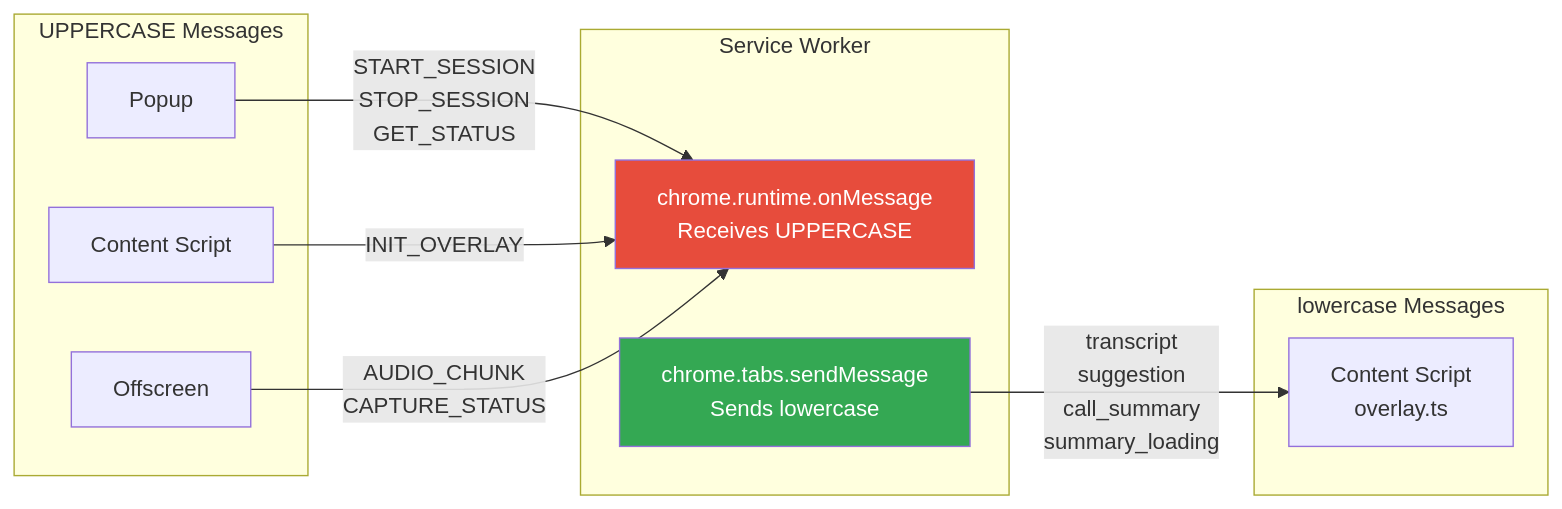
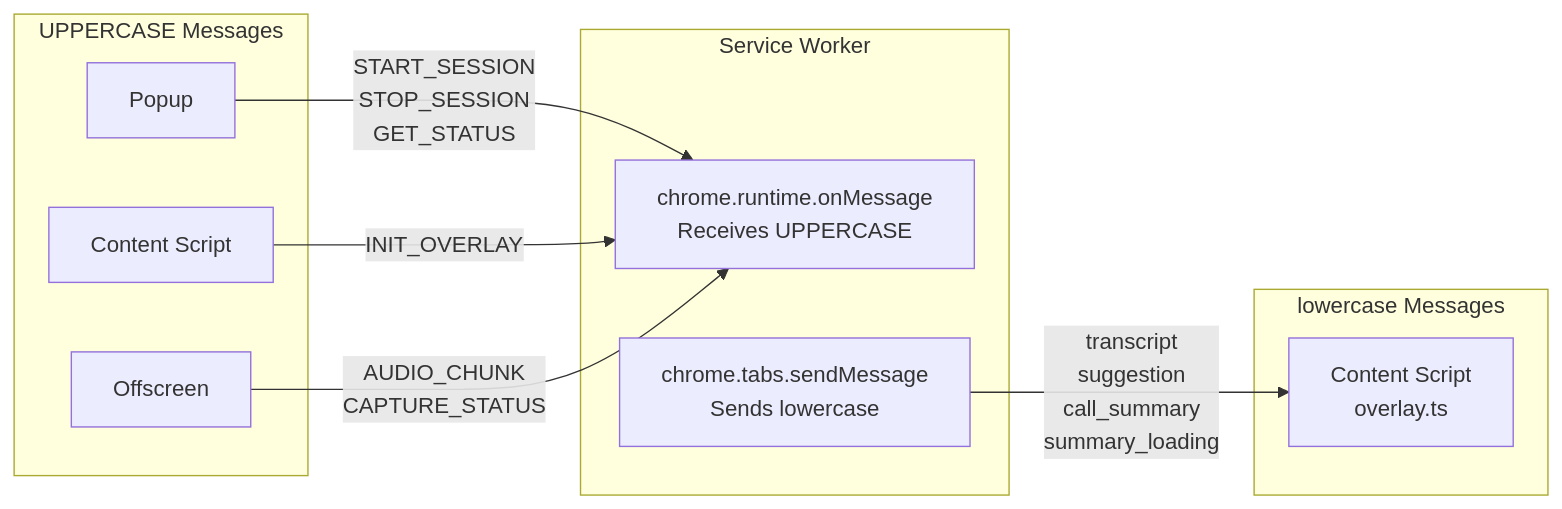
Before and after one commit to AntoineDubuc/wingman-ai: the second of 4 diagrams in docs/diagrams/ARCHITECTURE.md, drawn with Mermaid. The commit also changed other lines of this file and 1 other file, not shown here.

First line of the commit message:
fix: Remove custom colors from Mermaid diagrams for dark mode compatibility

````diff
--- a/docs/diagrams/ARCHITECTURE.md
+++ b/docs/diagrams/ARCHITECTURE.md
@@ -93,26 +84,24 @@
 ```mermaid
 graph LR
     subgraph "UPPERCASE Messages"
         Popup1[Popup]
         Content1[Content Script]
         Offscreen1[Offscreen]
     end
 
     subgraph "Service Worker"
         SW1[chrome.runtime.onMessage<br/>Receives UPPERCASE]
         SW2[chrome.tabs.sendMessage<br/>Sends lowercase]
     end
 
     subgraph "lowercase Messages"
         Content2[Content Script<br/>overlay.ts]
     end
 
     Popup1 -->|START_SESSION<br/>STOP_SESSION<br/>GET_STATUS| SW1
     Content1 -->|INIT_OVERLAY| SW1
     Offscreen1 -->|AUDIO_CHUNK<br/>CAPTURE_STATUS| SW1
 
     SW2 -->|transcript<br/>suggestion<br/>call_summary<br/>summary_loading| Content2
 
-    style SW1 fill:#E74C3C,color:#fff
-    style SW2 fill:#34A853,color:#fff
 ```
````
